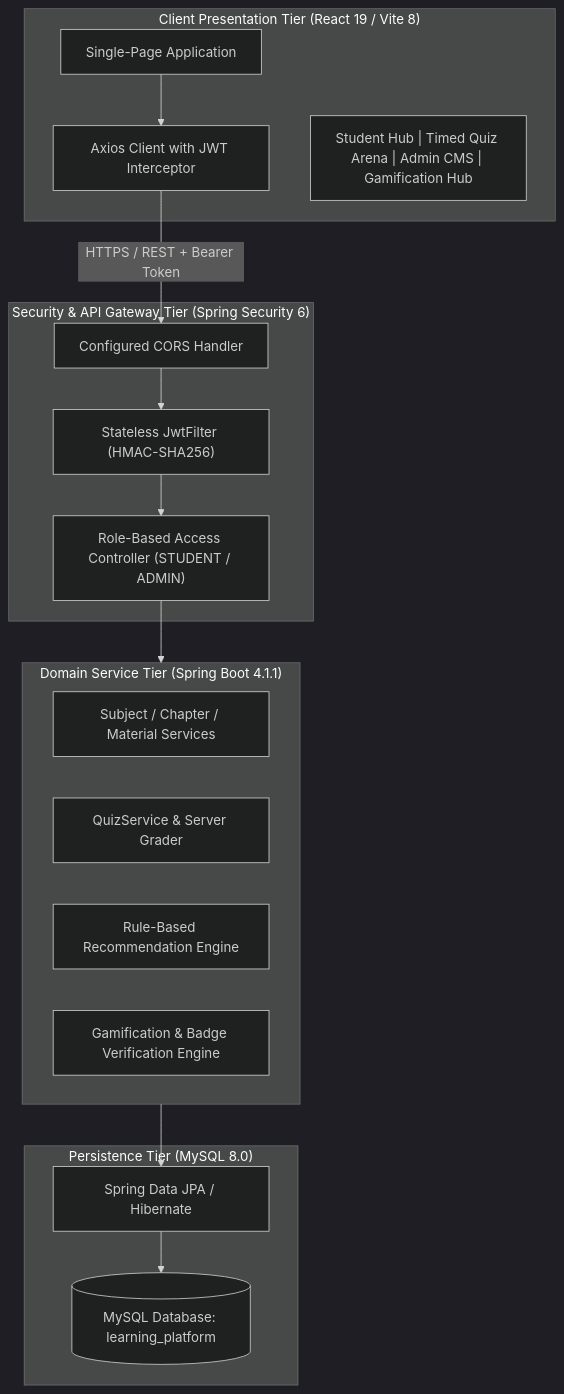
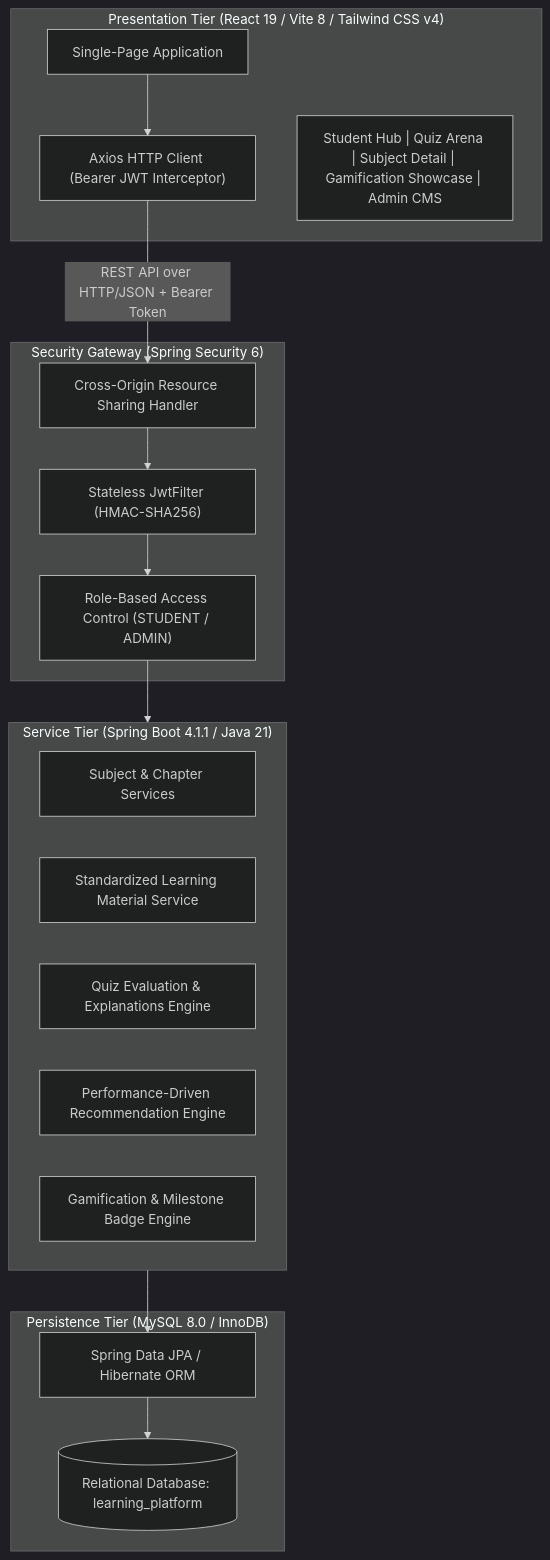
One commit to jyothivinukonda86-art/IntelliLearn changed the first of 2 diagrams in RESEARCH_PAPER.md. Above: the diagram before and after it, drawn with Mermaid (dark theme). The commit also changed other lines of this file and 1 other file, not shown here.

Commit message:
docs: complete formal IMRDC research paper for learning platform

````diff
--- a/RESEARCH_PAPER.md
+++ b/RESEARCH_PAPER.md
@@ -48,34 +51,35 @@
 ```mermaid
 flowchart TD
-    subgraph PresentationTier["Client Presentation Tier (React 19 / Vite 8)"]
+    subgraph ClientTier["Presentation Tier (React 19 / Vite 8 / Tailwind CSS v4)"]
         SPA["Single-Page Application"]
-        AxiosInt["Axios Client with JWT Interceptor"]
-        Views["Student Hub | Timed Quiz Arena | Admin CMS | Gamification Hub"]
+        AxiosClient["Axios HTTP Client (Bearer JWT Interceptor)"]
+        Views["Student Hub | Quiz Arena | Subject Detail | Gamification Showcase | Admin CMS"]
     end
 
-    subgraph GatewayTier["Security & API Gateway Tier (Spring Security 6)"]
-        CORS["Configured CORS Handler"]
+    subgraph SecurityGateway["Security Gateway (Spring Security 6)"]
+        CORS["Cross-Origin Resource Sharing Handler"]
         JWTFilter["Stateless JwtFilter (HMAC-SHA256)"]
-        RBAC["Role-Based Access Controller (STUDENT / ADMIN)"]
+        RBAC["Role-Based Access Control (STUDENT / ADMIN)"]
     end
 
-    subgraph ServiceTier["Domain Service Tier (Spring Boot 4.1.1)"]
-        Curriculum["Subject / Chapter / Material Services"]
-        Grader["QuizService & Server Grader"]
-        Recommender["Rule-Based Recommendation Engine"]
-        Gamifier["Gamification & Badge Verification Engine"]
+    subgraph DomainServices["Service Tier (Spring Boot 4.1.1 / Java 21)"]
+        CurriculumSvc["Subject & Chapter Services"]
+        MaterialSvc["Standardized Learning Material Service"]
+        QuizEngine["Quiz Evaluation & Explanations Engine"]
+        RecEngine["Performance-Driven Recommendation Engine"]
+        GamifyEngine["Gamification & Milestone Badge Engine"]
     end
 
-    subgraph PersistenceTier["Persistence Tier (MySQL 8.0)"]
-        JPA["Spring Data JPA / Hibernate"]
-        RelationalDB[("MySQL Database: learning_platform")]
+    subgraph StorageLayer["Persistence Tier (MySQL 8.0 / InnoDB)"]
+        JPA["Spring Data JPA / Hibernate ORM"]
+        MySQL[("Relational Database: learning_platform")]
     end
 
-    SPA --> AxiosInt
-    AxiosInt -->|HTTPS / REST + Bearer Token| CORS
+    SPA --> AxiosClient
+    AxiosClient -->|REST API over HTTP/JSON + Bearer Token| CORS
     CORS --> JWTFilter
     JWTFilter --> RBAC
-    RBAC --> ServiceTier
-    ServiceTier --> JPA
-    JPA --> RelationalDB
+    RBAC --> DomainServices
+    DomainServices --> JPA
+    JPA --> MySQL
 ```
````
